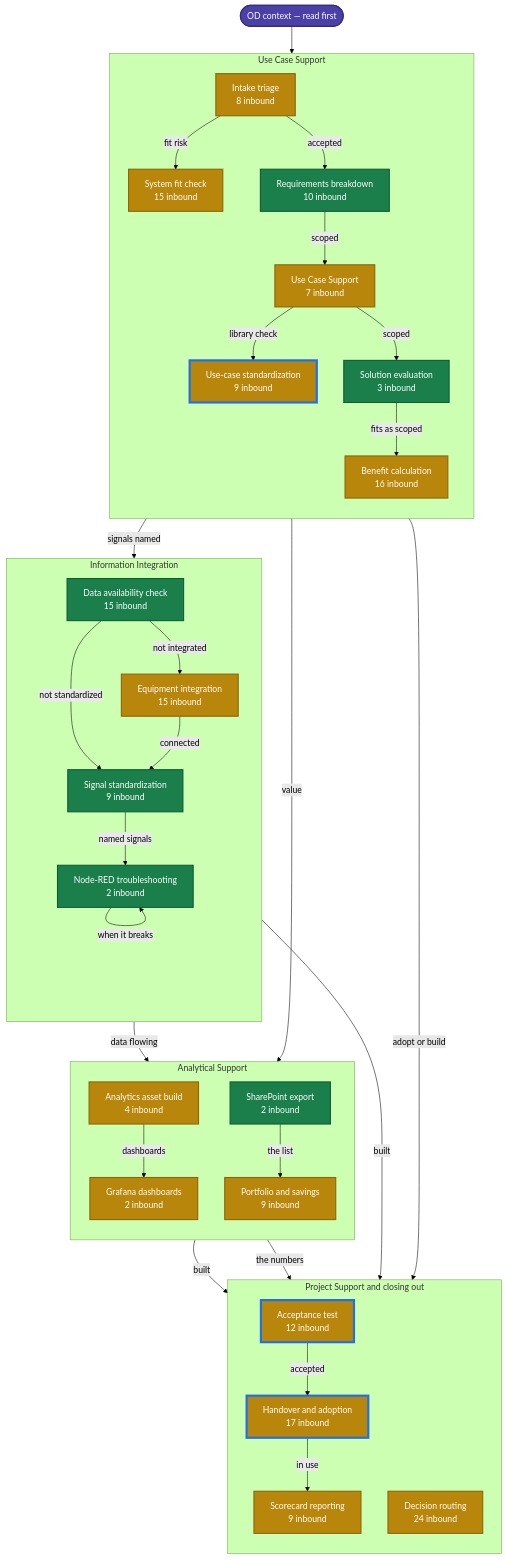
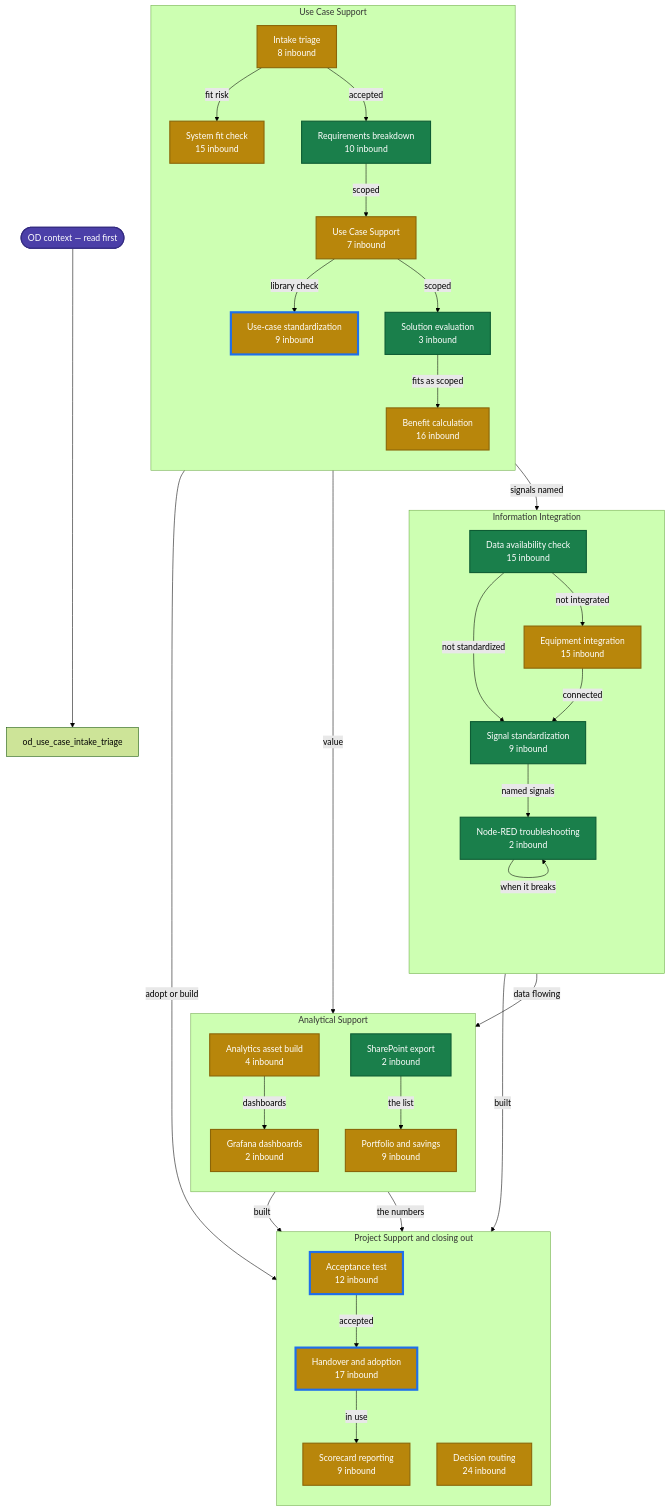
One commit to ops-digit-io/operations-digitalization-skill-registry changed the diagram in docs/skill-state-map.md. Above: the diagram before and after it, drawn with Mermaid (forest theme). The commit also changed other lines of this file and 1340 other files, not shown here.

````diff
--- a/docs/skill-state-map.md
+++ b/docs/skill-state-map.md
@@ -20,69 +20,69 @@
 ```mermaid
 flowchart TD
     ctx(["OD context — read first"])
     subgraph UC["Use Case Support"]
     direction TB
-        od_use_case_intake_triage["Intake triage<br/>8 inbound"]
-        od_system_fit_check["System fit check<br/>15 inbound"]
-        od_requirements_breakdown["Requirements breakdown<br/>10 inbound"]
-        od_use_case_definition["Use Case Support<br/>7 inbound"]
-        od_use_case_solution_evaluation["Solution evaluation<br/>3 inbound"]
-        od_use_case_standardization["Use-case standardization<br/>9 inbound"]
-        od_benefit_calculation["Benefit calculation<br/>16 inbound"]
+        dept_intake["Intake triage<br/>8 inbound"]
+        invest_screen["System fit check<br/>15 inbound"]
+        funnel_requirements["Requirements breakdown<br/>10 inbound"]
+        funnel_use_case["Use Case Support<br/>7 inbound"]
+        funnel_evaluation["Solution evaluation<br/>3 inbound"]
+        catalog_standardization["Use-case standardization<br/>9 inbound"]
+        bc_build["Benefit calculation<br/>16 inbound"]
     end
     subgraph II["Information Integration"]
     direction TB
-        od_data_availability_check["Data availability check<br/>15 inbound"]
-        od_equipment_integration["Equipment integration<br/>15 inbound"]
-        od_signal_standardization["Signal standardization<br/>9 inbound"]
-        od_node_red_flow_builder["Node-RED troubleshooting<br/>2 inbound"]
-        od_node_red_flow_builder["Node-RED troubleshooting<br/>2 inbound"]
+        mi_data_availability["Data availability check<br/>15 inbound"]
+        mi_equipment["Equipment integration<br/>15 inbound"]
+        mi_signals["Signal standardization<br/>9 inbound"]
+        mi_flow["Node-RED troubleshooting<br/>2 inbound"]
+        mi_flow["Node-RED troubleshooting<br/>2 inbound"]
     end
     subgraph AS["Analytical Support"]
     direction TB
-        od_analytics_asset_build["Analytics asset build<br/>4 inbound"]
-        build_grafana_ops_dashboard["Grafana dashboards<br/>2 inbound"]
-        od_portfolio_and_savings_analysis["Portfolio and savings<br/>9 inbound"]
-        od_sharepoint_list_export["SharePoint export<br/>2 inbound"]
+        ops_analytics_asset["Analytics asset build<br/>4 inbound"]
+        ops_dashboard_engine["Grafana dashboards<br/>2 inbound"]
+        bc_portfolio["Portfolio and savings<br/>9 inbound"]
+        know_sharepoint_export["SharePoint export<br/>2 inbound"]
     end
     subgraph PS["Project Support and closing out"]
     direction TB
-        od_acceptance_test["Acceptance test<br/>12 inbound"]
-        od_handover_and_adoption["Handover and adoption<br/>17 inbound"]
-        od_scorecard_reporting["Scorecard reporting<br/>9 inbound"]
-        od_decision_routing["Decision routing<br/>24 inbound"]
+        deploy_acceptance["Acceptance test<br/>12 inbound"]
+        deploy_handover["Handover and adoption<br/>17 inbound"]
+        metrics_scorecard["Scorecard reporting<br/>9 inbound"]
+        dept_decision_rights["Decision routing<br/>24 inbound"]
     end
-    od_use_case_intake_triage -->|fit risk| od_system_fit_check
-    od_use_case_intake_triage -->|accepted| od_requirements_breakdown
-    od_requirements_breakdown -->|scoped| od_use_case_definition
-    od_requirements_breakdown -->|signals named| od_data_availability_check
-    od_use_case_definition -->|library check| od_use_case_standardization
-    od_use_case_definition -->|scoped| od_use_case_solution_evaluation
-    od_use_case_solution_evaluation -->|fits as scoped| od_benefit_calculation
-    od_data_availability_check -->|not integrated| od_equipment_integration
-    od_data_availability_check -->|not standardized| od_signal_standardization
-    od_equipment_integration -->|connected| od_signal_standardization
-    od_signal_standardization -->|named signals| od_node_red_flow_builder
-    od_node_red_flow_builder -->|when it breaks| od_node_red_flow_builder
-    od_node_red_flow_builder -->|data flowing| od_analytics_asset_build
-    od_analytics_asset_build -->|dashboards| build_grafana_ops_dashboard
-    od_analytics_asset_build -->|built| od_acceptance_test
-    od_node_red_flow_builder -->|built| od_acceptance_test
-    od_acceptance_test -->|accepted| od_handover_and_adoption
-    od_handover_and_adoption -->|in use| od_scorecard_reporting
-    od_benefit_calculation -->|value| od_portfolio_and_savings_analysis
-    od_sharepoint_list_export -->|the list| od_portfolio_and_savings_analysis
-    od_portfolio_and_savings_analysis -->|the numbers| od_scorecard_reporting
-    od_use_case_standardization -->|adopt or build| od_decision_routing
+    dept_intake -->|fit risk| invest_screen
+    dept_intake -->|accepted| funnel_requirements
+    funnel_requirements -->|scoped| funnel_use_case
+    funnel_requirements -->|signals named| mi_data_availability
+    funnel_use_case -->|library check| catalog_standardization
+    funnel_use_case -->|scoped| funnel_evaluation
+    funnel_evaluation -->|fits as scoped| bc_build
+    mi_data_availability -->|not integrated| mi_equipment
+    mi_data_availability -->|not standardized| mi_signals
+    mi_equipment -->|connected| mi_signals
+    mi_signals -->|named signals| mi_flow
+    mi_flow -->|when it breaks| mi_flow
+    mi_flow -->|data flowing| ops_analytics_asset
+    ops_analytics_asset -->|dashboards| ops_dashboard_engine
+    ops_analytics_asset -->|built| deploy_acceptance
+    mi_flow -->|built| deploy_acceptance
+    deploy_acceptance -->|accepted| deploy_handover
+    deploy_handover -->|in use| metrics_scorecard
+    bc_build -->|value| bc_portfolio
+    know_sharepoint_export -->|the list| bc_portfolio
+    bc_portfolio -->|the numbers| metrics_scorecard
+    catalog_standardization -->|adopt or build| dept_decision_rights
     ctx --> od_use_case_intake_triage
 
     classDef deep fill:#1a7f4b,stroke:#0d5c34,color:#ffffff,stroke-width:2px;
     classDef documented fill:#b8860b,stroke:#8a6508,color:#ffffff,stroke-width:2px;
     classDef stub fill:#e8e8e8,stroke:#9a9a9a,color:#333333,stroke-dasharray:4 3;
     classDef nxt stroke:#1f6feb,stroke-width:4px;
     classDef ctx fill:#4b3fa8,stroke:#332a80,color:#ffffff,stroke-width:2px;
-    class od_requirements_breakdown,od_use_case_solution_evaluation,od_data_availability_check,od_sharepoint_list_export,od_signal_standardization,od_node_red_flow_builder deep;
-    class od_use_case_intake_triage,od_system_fit_check,od_use_case_definition,od_benefit_calculation,od_use_case_standardization,od_equipment_integration,od_acceptance_test,od_handover_and_adoption,od_analytics_asset_build,od_scorecard_reporting,od_portfolio_and_savings_analysis,od_decision_routing,build_grafana_ops_dashboard documented;
-    class od_acceptance_test,od_use_case_standardization,od_handover_and_adoption nxt;
+    class funnel_requirements,funnel_evaluation,mi_data_availability,know_sharepoint_export,mi_signals,mi_flow deep;
+    class dept_intake,invest_screen,funnel_use_case,bc_build,catalog_standardization,mi_equipment,deploy_acceptance,deploy_handover,ops_analytics_asset,metrics_scorecard,bc_portfolio,dept_decision_rights,ops_dashboard_engine documented;
+    class deploy_acceptance,catalog_standardization,deploy_handover nxt;
     class ctx ctx;
 ```
````
